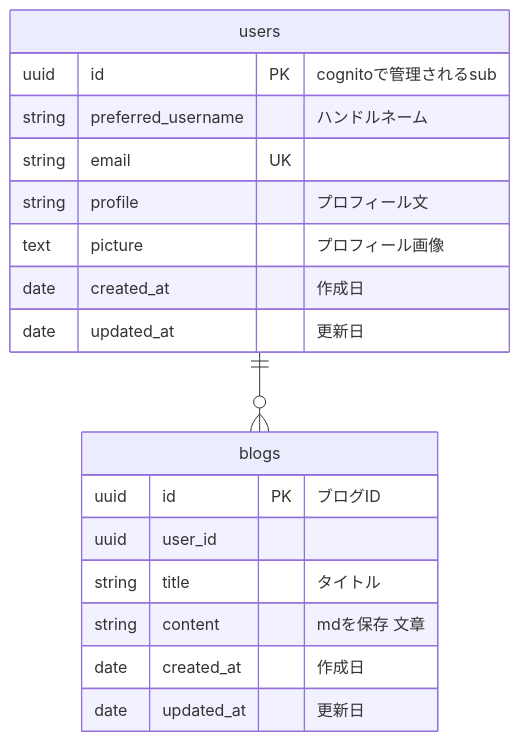
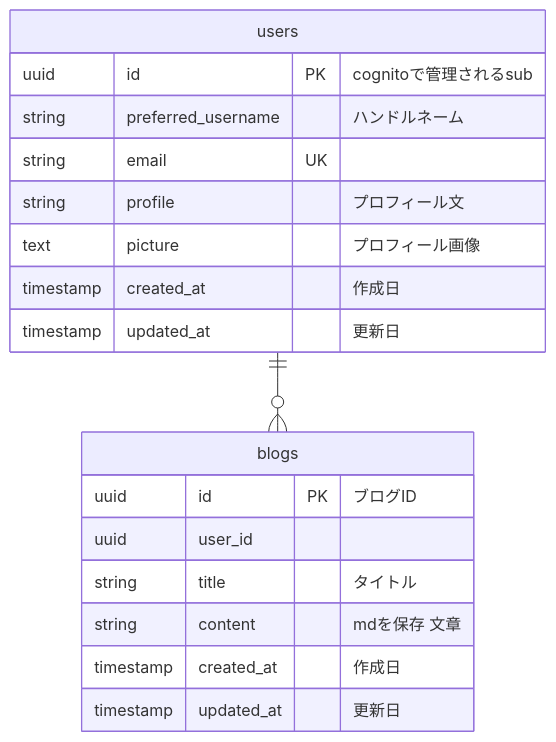
The diagram in docs/er.md (ChaSaji/aws-learn), drawn with Mermaid before and after one commit.

Commit message:
change: er図の日付系をスキーマ定義同様にtimestamp型を反映

````diff
--- a/docs/er.md
+++ b/docs/er.md
@@ -1,22 +1,22 @@
 ```mermaid
 erDiagram
     users {
         uuid id PK "cognitoで管理されるsub"
         string preferred_username "ハンドルネーム"
         string email UK
         string profile "プロフィール文"
         text picture "プロフィール画像"
-        date created_at "作成日"
-        date updated_at "更新日"
+        timestamp created_at "作成日"
+        timestamp updated_at "更新日"
     }
     blogs {
         uuid id PK "ブログID"
         uuid user_id
         string title "タイトル"
         string content "mdを保存 文章"
-        date created_at "作成日"
-        date updated_at "更新日"
+        timestamp created_at "作成日"
+        timestamp updated_at "更新日"
     }
 
     users 1--0+ blogs : ""
 ```
````
